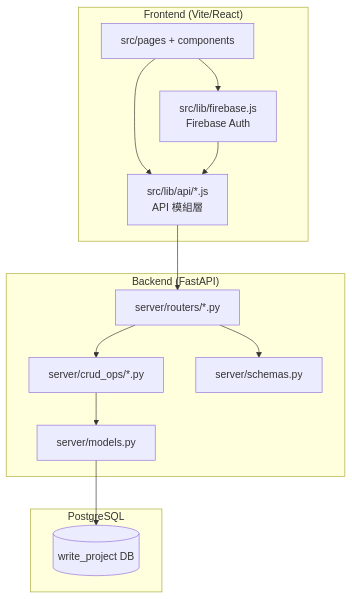
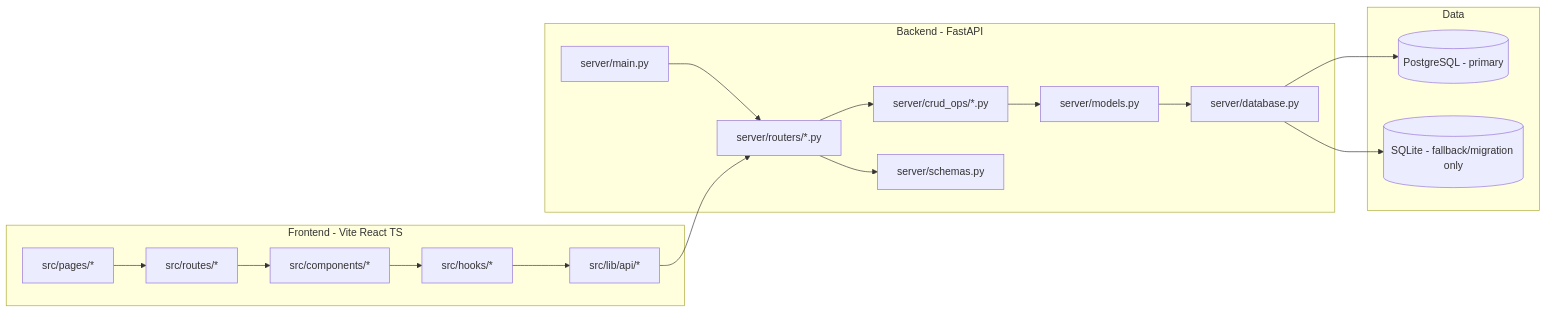
The first of 3 diagrams in docs/product/architecture.md (Shawn-csy/write_project), drawn with Mermaid before and after one commit. The commit also changed other lines of this file and 3 other files, not shown here.

Commit message:
docs: refresh architecture and operations documentation

````diff
--- a/docs/product/architecture.md
+++ b/docs/product/architecture.md
@@ -7,28 +7,37 @@
 ```mermaid
-flowchart TB
-  subgraph Client["Frontend (Vite/React)"]
-    UI[src/pages + components]
-    API[src/lib/api/*.js\nAPI 模組層]
-    AUTH[src/lib/firebase.js\nFirebase Auth]
-    UI --> API
-    UI --> AUTH
+flowchart LR
+  subgraph FE[Frontend - Vite React TS]
+    PAGES[src/pages/*]
+    ROUTES[src/routes/*]
+    COMPONENTS[src/components/*]
+    HOOKS[src/hooks/*]
+    API[src/lib/api/*]
+    PAGES --> ROUTES
+    ROUTES --> COMPONENTS
+    COMPONENTS --> HOOKS
+    HOOKS --> API
   end
 
-  subgraph Server["Backend (FastAPI)"]
-    ROUTER[server/routers/*.py]
+  subgraph BE[Backend - FastAPI]
+    MAIN[server/main.py]
+    ROUTERS[server/routers/*.py]
     CRUD[server/crud_ops/*.py]
+    SCHEMAS[server/schemas.py]
     MODELS[server/models.py]
-    SCHEMA[server/schemas.py]
-    ROUTER --> CRUD
-    ROUTER --> SCHEMA
+    DB[server/database.py]
+    MAIN --> ROUTERS
+    ROUTERS --> CRUD
+    ROUTERS --> SCHEMAS
     CRUD --> MODELS
+    MODELS --> DB
   end
 
-  subgraph DB["PostgreSQL"]
-    SQLITE[(write_project DB)]
+  subgraph DATA[Data]
+    POSTGRES[(PostgreSQL - primary)]
+    SQLITE[(SQLite - fallback/migration only)]
   end
 
-  API --> ROUTER
-  AUTH --> API
-  MODELS --> SQLITE
+  API --> ROUTERS
+  DB --> POSTGRES
+  DB --> SQLITE
 ```
````
